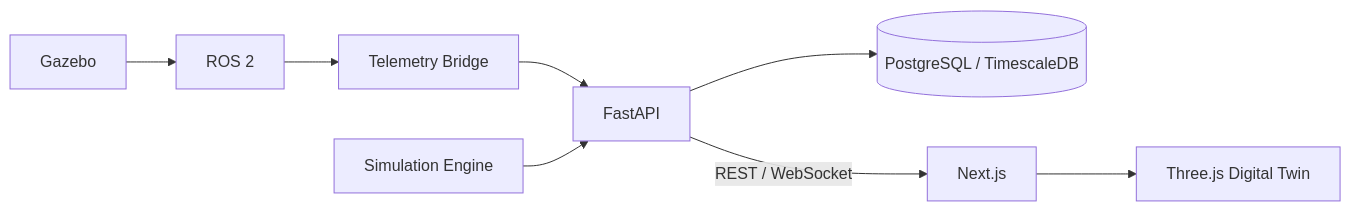
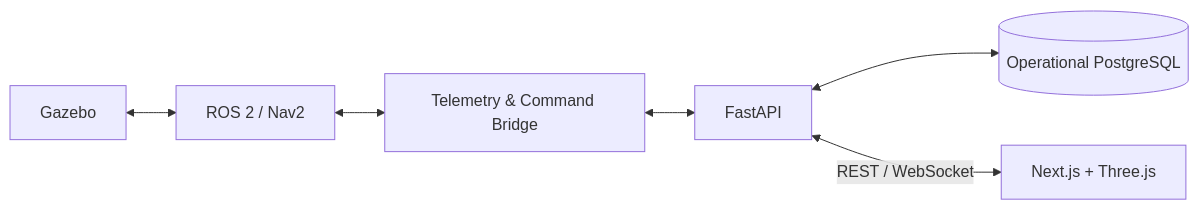
Before and after one commit to HoangTuBangGia/EV-Factory-Twin: the second of 2 diagrams in docs/architecture.md, drawn with Mermaid. The commit also changed other lines of this file and 129 other files, not shown here.

Commit message:
feat: implement comprehensive Supabase RBAC, real-time WebSocket communication, and admin management services

````diff
--- a/docs/architecture.md
+++ b/docs/architecture.md
@@ -5,24 +27,15 @@
 ```mermaid
 flowchart LR
+    GZ[Gazebo]
+    ROS[ROS 2 / Nav2]
+    BRIDGE[Telemetry & Command Bridge]
+    API[FastAPI]
+    DB[(Operational PostgreSQL)]
+    WEB[Next.js + Three.js]
 
-    GZ[Gazebo]
-    ROS[ROS 2]
-    BRIDGE[Telemetry Bridge]
-
-    API[FastAPI]
-    SIM[Simulation Engine]
-    DB[(PostgreSQL / TimescaleDB)]
-
-    WEB[Next.js]
-    TWIN[Three.js Digital Twin]
-
-    GZ --> ROS
-    ROS --> BRIDGE
-    BRIDGE --> API
-
-    SIM --> API
-    API --> DB
-
-    API -->|REST / WebSocket| WEB
-    WEB --> TWIN
+    GZ <--> ROS
+    ROS <--> BRIDGE
+    BRIDGE <--> API
+    API <--> DB
+    API <-->|REST / WebSocket| WEB
 ```
````
